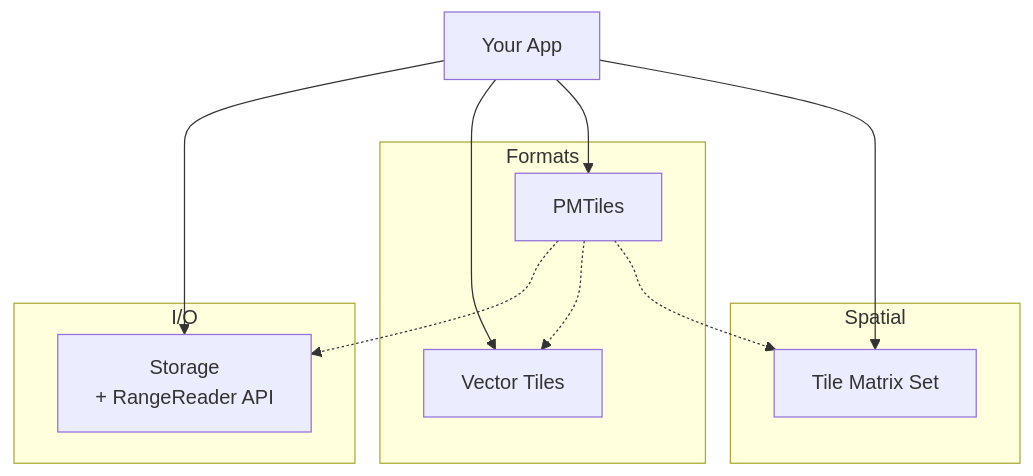
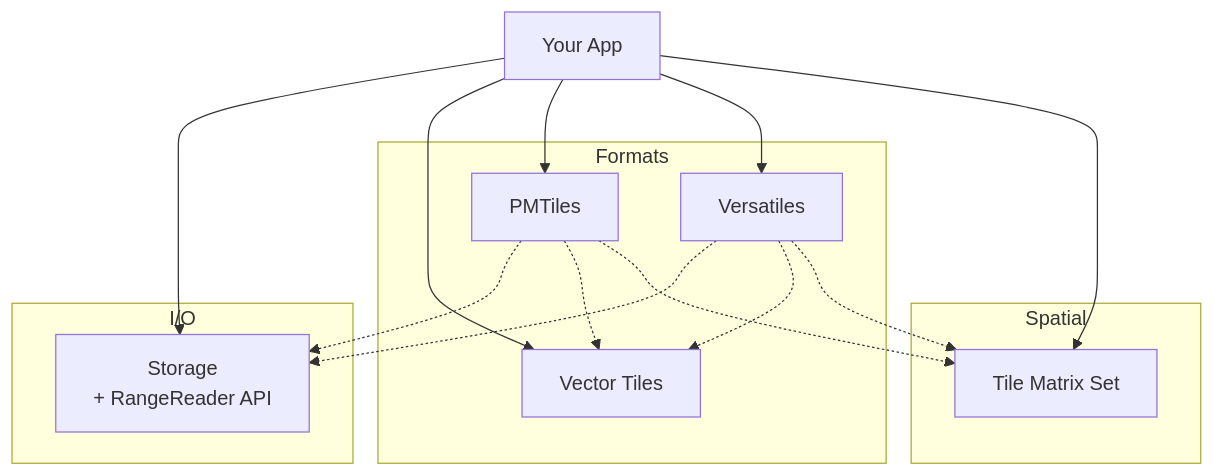
One commit to tileverse-io/tileverse changed the diagram in docs/src/index.md. Above: the diagram before and after it, drawn with Mermaid. The commit also changed other lines of this file and 40 other files, not shown here.

````diff
--- a/docs/src/index.md
+++ b/docs/src/index.md
@@ -25,26 +26,32 @@
 ```mermaid
 graph TD
     App[Your App]
 
     subgraph "I/O"
         ST[Storage<br/>+ RangeReader API]
     end
 
     subgraph "Formats"
         VT[Vector Tiles]
         PMT[PMTiles]
+        VER[Versatiles]
     end
 
     subgraph "Spatial"
         TMS[Tile Matrix Set]
     end
 
     App --> ST
     App --> VT
     App --> PMT
+    App --> VER
     App --> TMS
 
     PMT -.-> ST
     PMT -.-> VT
     PMT -.-> TMS
+
+    VER -.-> ST
+    VER -.-> VT
+    VER -.-> TMS
 ```
````
